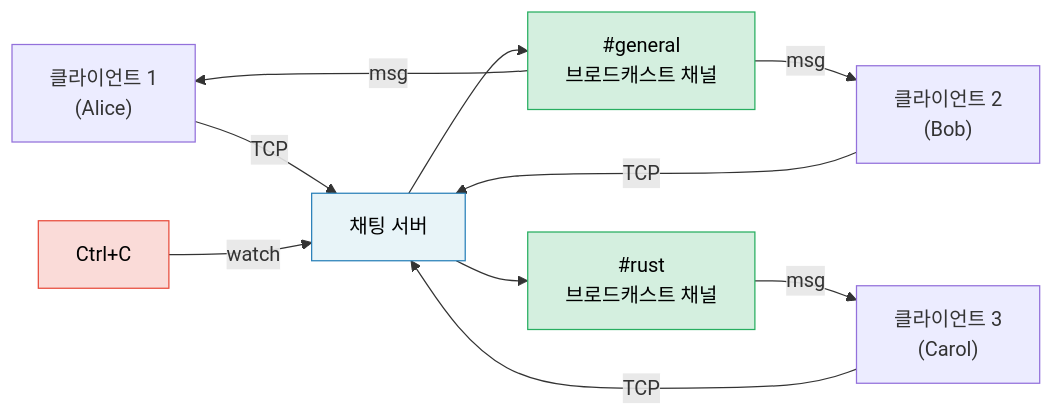
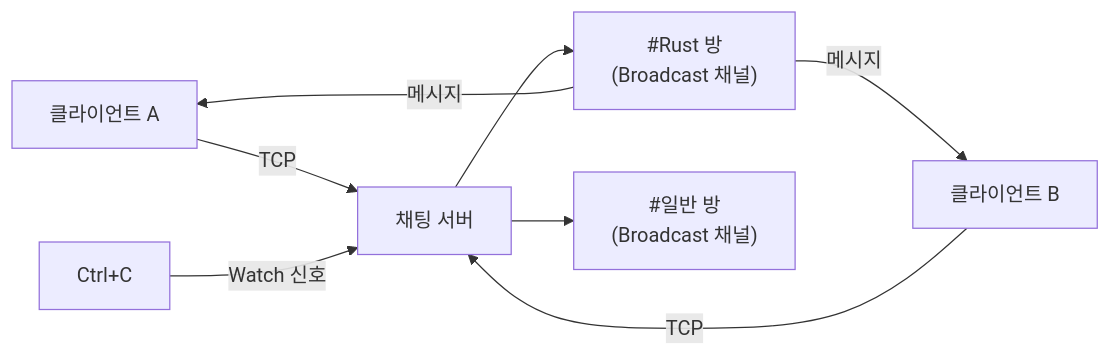
Before and after one commit to partrita/RustTraining: the diagram in async-book/src/ch16-capstone-project.md, drawn with Mermaid. The commit also changed other lines of this file and 157 other files, not shown here.

````diff
--- a/async-book/src/ch16-capstone-project.md
+++ b/async-book/src/ch16-capstone-project.md
@@ -24,20 +32,13 @@
 ```mermaid
 graph LR
-    C1["클라이언트 1<br/>(Alice)"] -->|TCP| SERVER["채팅 서버"]
-    C2["클라이언트 2<br/>(Bob)"] -->|TCP| SERVER
-    C3["클라이언트 3<br/>(Carol)"] -->|TCP| SERVER
+    C1["클라이언트 A"] -->|TCP| SERVER["채팅 서버"]
+    C2["클라이언트 B"] -->|TCP| SERVER
+    
+    SERVER --> R1["#Rust 방<br/>(Broadcast 채널)"]
+    SERVER --> R2["#일반 방<br/>(Broadcast 채널)"]
 
-    SERVER --> R1["#general<br/>브로드캐스트 채널"]
-    SERVER --> R2["#rust<br/>브로드캐스트 채널"]
-
-    R1 -->|msg| C1
-    R1 -->|msg| C2
-    R2 -->|msg| C3
-
-    CTRL["Ctrl+C"] -->|watch| SERVER
-
-    style SERVER fill:#e8f4f8,stroke:#2980b9,color:#000
-    style R1 fill:#d4efdf,stroke:#27ae60,color:#000
-    style R2 fill:#d4efdf,stroke:#27ae60,color:#000
-    style CTRL fill:#fadbd8,stroke:#e74c3c,color:#000
+    R1 -->|메시지| C1
+    R1 -->|메시지| C2
+    
+    SIG["Ctrl+C"] -->|Watch 신호| SERVER
 ```
````
